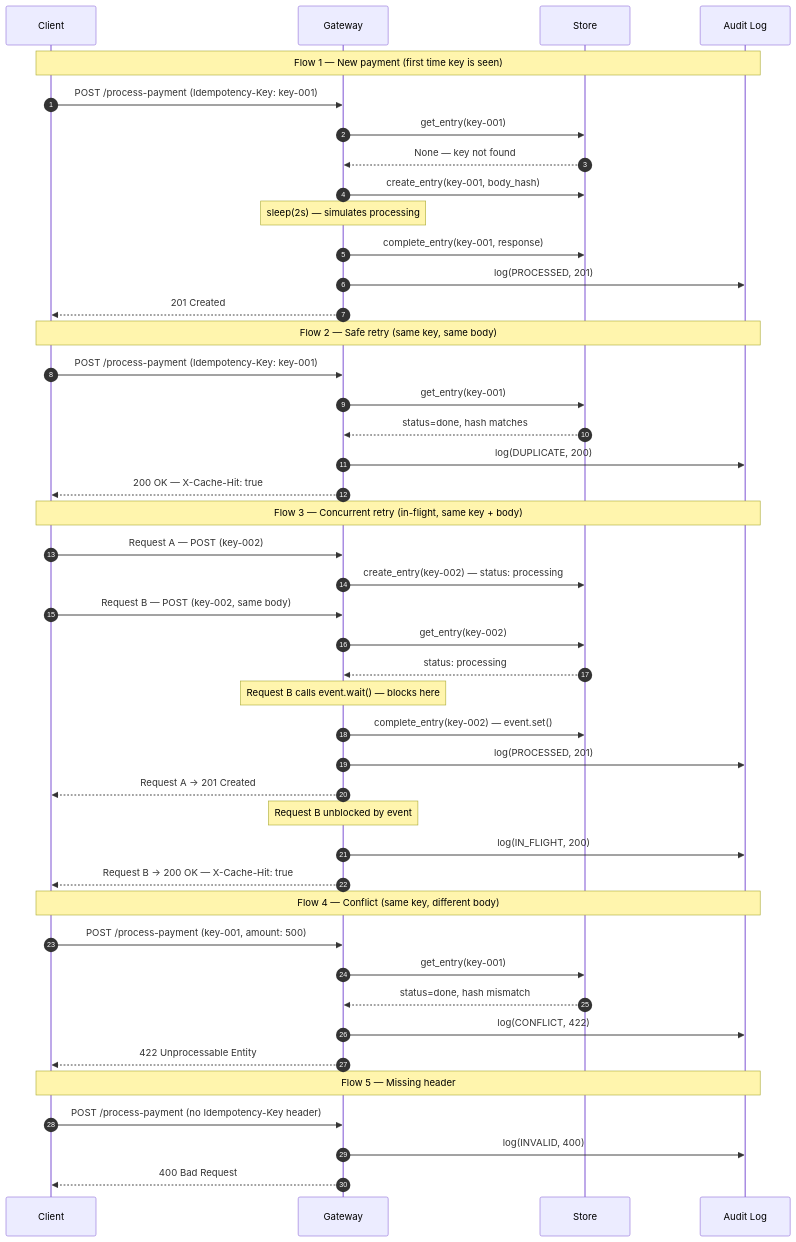
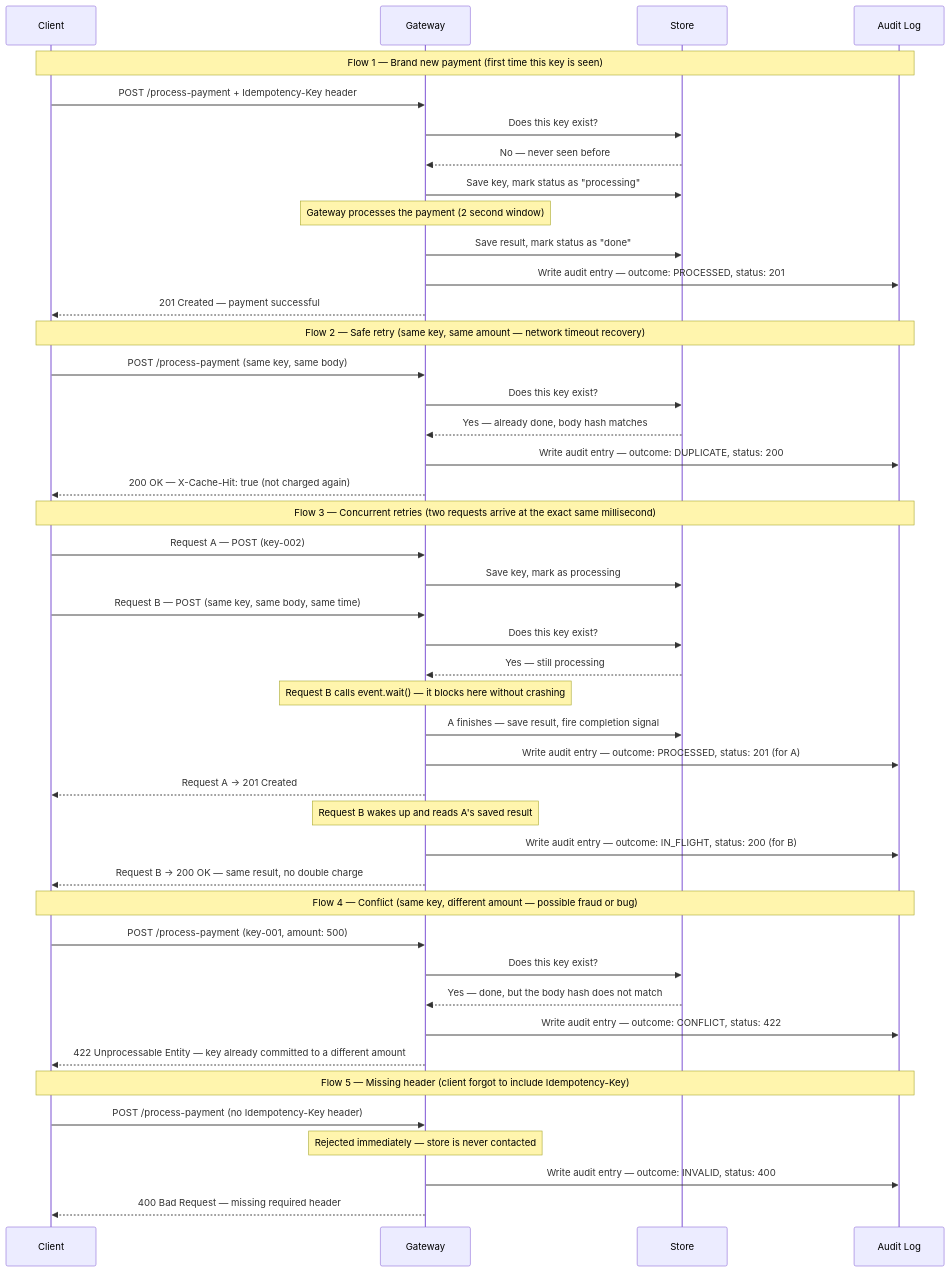
One commit to felixaveiro/AmaliTech-DEG-Project-based-challenges changed the diagram in backend/Idempotency-gateway/README.md. Above: the diagram before and after it, drawn with Mermaid. The commit also changed other lines of this file, not shown here.

Commit message:
feat : updated README

````diff
--- a/backend/Idempotency-gateway/README.md
+++ b/backend/Idempotency-gateway/README.md
@@ -302,51 +304,76 @@
 ```mermaid
 sequenceDiagram
-    autonumber
-    participant C as Client
-    participant G as Gateway
-    participant S as Store
-    participant A as Audit Log
+    participant C  as Client
+    participant G  as Gateway
+    participant S  as Store
+    participant AL as Audit Log
 
-    Note over C,A: Flow 1 — New payment (first time key is seen)
-    C->>G: POST /process-payment (Idempotency-Key: key-001)
-    G->>S: get_entry(key-001)
-    S-->>G: None — key not found
-    G->>S: create_entry(key-001, body_hash)
-    Note over G: sleep(2s) — simulates processing
-    G->>S: complete_entry(key-001, response)
-    G->>A: log(PROCESSED, 201)
-    G-->>C: 201 Created
+    %% ─────────────────────────────────────────
+    %% Flow 1 — Brand new payment
+    %% Client sends a key the server has never seen
+    %% ─────────────────────────────────────────
+    Note over C,AL: Flow 1 — Brand new payment (first time this key is seen)
 
-    Note over C,A: Flow 2 — Safe retry (same key, same body)
-    C->>G: POST /process-payment (Idempotency-Key: key-001)
-    G->>S: get_entry(key-001)
-    S-->>G: status=done, hash matches
-    G->>A: log(DUPLICATE, 200)
-    G-->>C: 200 OK — X-Cache-Hit: true
+    C  ->> G  : POST /process-payment + Idempotency-Key header
+    G  ->> S  : Does this key exist?
+    S  -->> G : No — never seen before
+    G  ->> S  : Save key, mark status as "processing"
+    Note over G: Gateway processes the payment (2 second window)
+    G  ->> S  : Save result, mark status as "done"
+    G  ->> AL : Write audit entry — outcome: PROCESSED, status: 201
+    G  -->> C : 201 Created — payment successful
 
-    Note over C,A: Flow 3 — Concurrent retry (in-flight, same key + body)
-    C->>G: Request A — POST (key-002)
-    G->>S: create_entry(key-002) — status: processing
-    C->>G: Request B — POST (key-002, same body)
-    G->>S: get_entry(key-002)
-    S-->>G: status: processing
-    Note over G: Request B calls event.wait() — blocks here
-    G->>S: complete_entry(key-002) — event.set()
-    G->>A: log(PROCESSED, 201)
-    G-->>C: Request A → 201 Created
-    Note over G: Request B unblocked by event
-    G->>A: log(IN_FLIGHT, 200)
-    G-->>C: Request B → 200 OK — X-Cache-Hit: true
+    %% ─────────────────────────────────────────
+    %% Flow 2 — Safe retry
+    %% Client resends the exact same request after a timeout
+    %% ─────────────────────────────────────────
+    Note over C,AL: Flow 2 — Safe retry (same key, same amount — network timeout recovery)
 
-    Note over C,A: Flow 4 — Conflict (same key, different body)
-    C->>G: POST /process-payment (key-001, amount: 500)
-    G->>S: get_entry(key-001)
-    S-->>G: status=done, hash mismatch
-    G->>A: log(CONFLICT, 422)
-    G-->>C: 422 Unprocessable Entity
+    C  ->> G  : POST /process-payment (same key, same body)
+    G  ->> S  : Does this key exist?
+    S  -->> G : Yes — already done, body hash matches
+    G  ->> AL : Write audit entry — outcome: DUPLICATE, status: 200
+    G  -->> C : 200 OK — X-Cache-Hit: true (not charged again)
 
-    Note over C,A: Flow 5 — Missing header
-    C->>G: POST /process-payment (no Idempotency-Key header)
-    G->>A: log(INVALID, 400)
-    G-->>C: 400 Bad Request
+    %% ─────────────────────────────────────────
+    %% Flow 3 — Two retries arrive at the same time
+    %% Gateway blocks the second until the first finishes
+    %% ─────────────────────────────────────────
+    Note over C,AL: Flow 3 — Concurrent retries (two requests arrive at the exact same millisecond)
+
+    C  ->> G  : Request A — POST (key-002)
+    G  ->> S  : Save key, mark as processing
+    C  ->> G  : Request B — POST (same key, same body, same time)
+    G  ->> S  : Does this key exist?
+    S  -->> G : Yes — still processing
+    Note over G: Request B calls event.wait() — it blocks here without crashing
+    G  ->> S  : A finishes — save result, fire completion signal
+    G  ->> AL : Write audit entry — outcome: PROCESSED, status: 201 (for A)
+    G  -->> C : Request A → 201 Created
+    Note over G: Request B wakes up and reads A's saved result
+    G  ->> AL : Write audit entry — outcome: IN_FLIGHT, status: 200 (for B)
+    G  -->> C : Request B → 200 OK — same result, no double charge
+
+    %% ─────────────────────────────────────────
+    %% Flow 4 — Conflict
+    %% Same key reused with a different amount (fraud or client bug)
+    %% ─────────────────────────────────────────
+    Note over C,AL: Flow 4 — Conflict (same key, different amount — possible fraud or bug)
+
+    C  ->> G  : POST /process-payment (key-001, amount: 500)
+    G  ->> S  : Does this key exist?
+    S  -->> G : Yes — done, but the body hash does not match
+    G  ->> AL : Write audit entry — outcome: CONFLICT, status: 422
+    G  -->> C : 422 Unprocessable Entity — key already committed to a different amount
+
+    %% ─────────────────────────────────────────
+    %% Flow 5 — Missing header
+    %% Client forgot to send the Idempotency-Key header
+    %% ─────────────────────────────────────────
+    Note over C,AL: Flow 5 — Missing header (client forgot to include Idempotency-Key)
+
+    C  ->> G  : POST /process-payment (no Idempotency-Key header)
+    Note over G: Rejected immediately — store is never contacted
+    G  ->> AL : Write audit entry — outcome: INVALID, status: 400
+    G  -->> C : 400 Bad Request — missing required header
 ```
````
